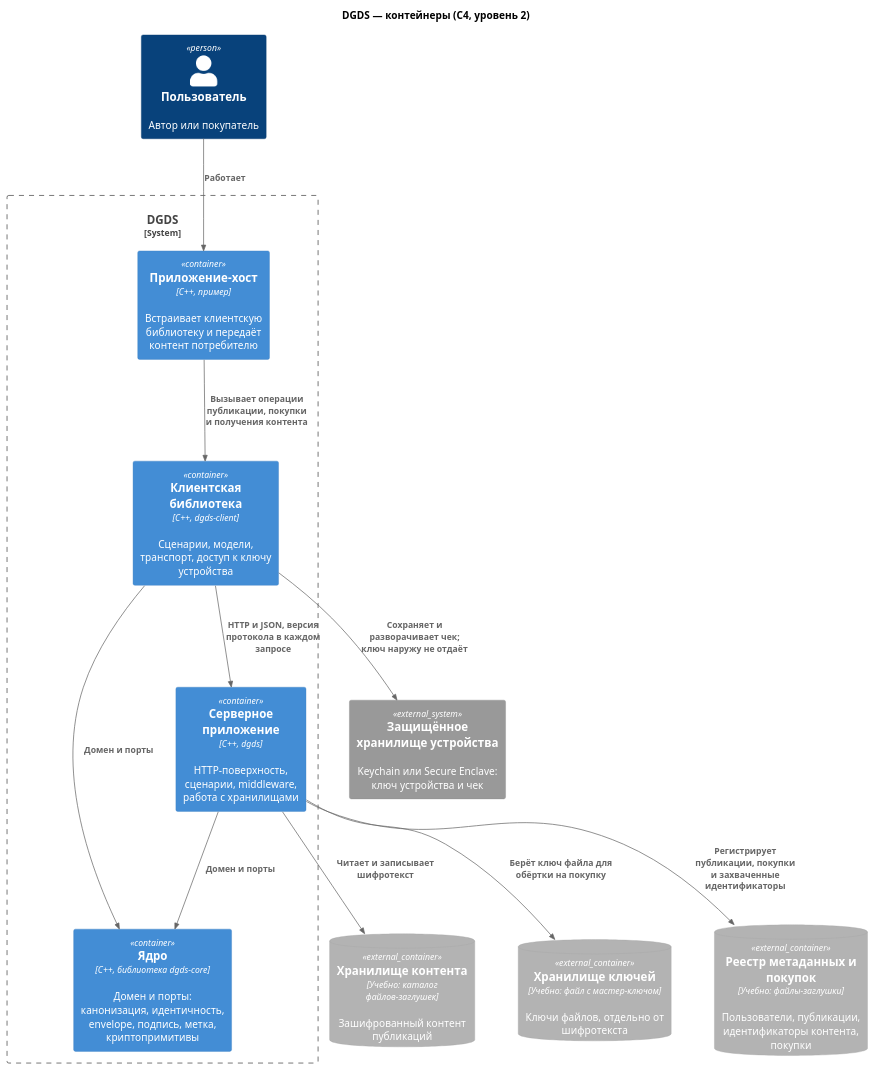
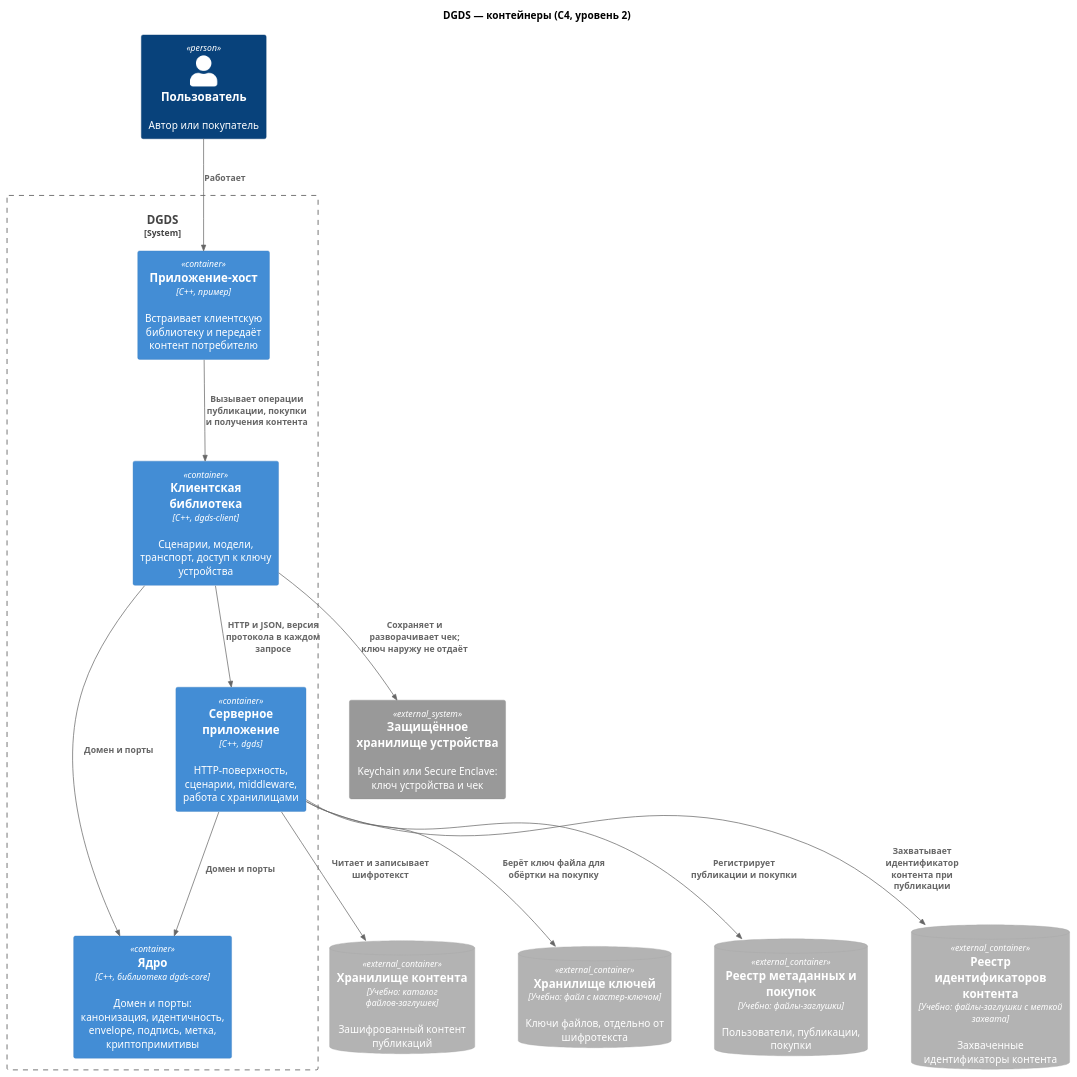
One commit to plushcube/dgds changed the diagram in docs/architecture/02-containers.puml. Above: the diagram before and after it, drawn with PlantUML. The commit also changed 13 other files, not shown here.

Commit message:
core: реестр идентификаторов с захватом

```diff
--- a/docs/architecture/02-containers.puml
+++ b/docs/architecture/02-containers.puml
@@ -1,33 +1,35 @@
 @startuml
 !include <C4/C4_Container>
 
 title DGDS — контейнеры (C4, уровень 2)
 
 skinparam nodesep 60
 skinparam ranksep 90
 
 Person(user, "Пользователь", "Автор или покупатель")
 
 System_Boundary(dgds, "DGDS") {
   Container(host, "Приложение-хост", "C++, пример", "Встраивает клиентскую библиотеку и передаёт контент потребителю")
   Container(client, "Клиентская библиотека", "C++, dgds-client", "Сценарии, модели, транспорт, доступ к ключу устройства")
   Container(server, "Серверное приложение", "C++, dgds", "HTTP-поверхность, сценарии, middleware, работа с хранилищами")
   Container(core, "Ядро", "C++, библиотека dgds-core", "Домен и порты: канонизация, идентичность, envelope, подпись, метка, криптопримитивы")
 }
 
 System_Ext(devicekey, "Защищённое хранилище устройства", "Keychain или Secure Enclave: ключ устройства и чек")
 ContainerDb_Ext(blobs, "Хранилище контента", "Учебно: каталог файлов-заглушек", "Зашифрованный контент публикаций")
 ContainerDb_Ext(keys, "Хранилище ключей", "Учебно: файл с мастер-ключом", "Ключи файлов, отдельно от шифротекста")
-ContainerDb_Ext(meta, "Реестр метаданных и покупок", "Учебно: файлы-заглушки", "Пользователи, публикации, идентификаторы контента, покупки")
+ContainerDb_Ext(meta, "Реестр метаданных и покупок", "Учебно: файлы-заглушки", "Пользователи, публикации, покупки")
+ContainerDb_Ext(identities, "Реестр идентификаторов контента", "Учебно: файлы-заглушки с меткой захвата", "Захваченные идентификаторы контента")
 
 Rel(user, host, "Работает")
 Rel(host, client, "Вызывает операции публикации, покупки и получения контента")
 Rel_D(client, core, "Домен и порты")
 Rel_D(server, core, "Домен и порты")
 Rel(client, server, "HTTP и JSON, версия протокола в каждом запросе")
 Rel(client, devicekey, "Сохраняет и разворачивает чек; ключ наружу не отдаёт")
 Rel(server, blobs, "Читает и записывает шифротекст")
 Rel(server, keys, "Берёт ключ файла для обёртки на покупку")
-Rel(server, meta, "Регистрирует публикации, покупки и захваченные идентификаторы")
+Rel(server, meta, "Регистрирует публикации и покупки")
+Rel(server, identities, "Захватывает идентификатор контента при публикации")
 
 @enduml
```
